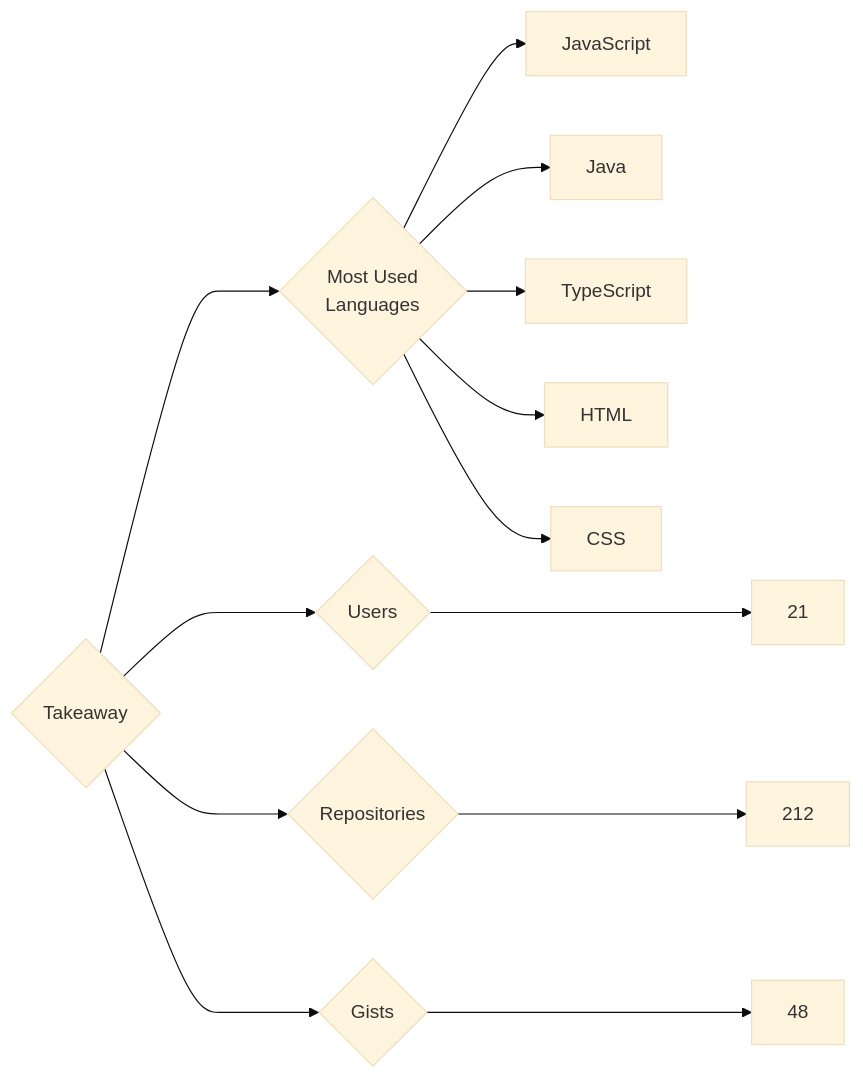
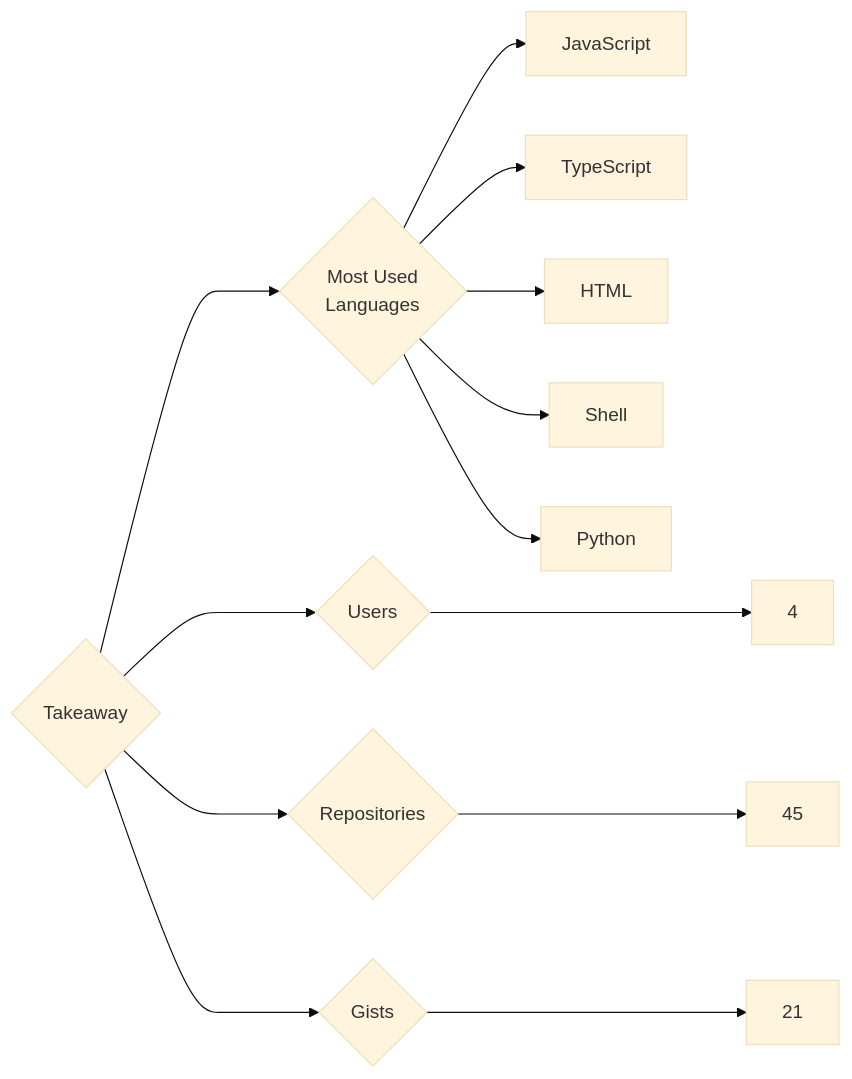
Before and after one commit to trickest/insiders: the diagram in targets/Takeaway/README.md, drawn with Mermaid (base theme). The commit also changed 928 other files, not shown here.

````diff
--- a/targets/Takeaway/README.md
+++ b/targets/Takeaway/README.md
@@ -3,13 +3,13 @@
 ```mermaid
 graph LR
 COMPANY_NAME{Takeaway}
-COMPANY_NAME ---> U{Users} ---> UN[21]
-COMPANY_NAME ---> R{Repositories} ---> RN[212]
-COMPANY_NAME ---> G{Gists} ---> GN[48]
+COMPANY_NAME ---> U{Users} ---> UN[4]
+COMPANY_NAME ---> R{Repositories} ---> RN[45]
+COMPANY_NAME ---> G{Gists} ---> GN[21]
 COMPANY_NAME ---> ML{Most Used<br>Languages}
 ML --> JavaScript[JavaScript]
-ML --> Java[Java]
 ML --> TypeScript[TypeScript]
 ML --> HTML[HTML]
-ML --> CSS[CSS]
+ML --> Shell[Shell]
+ML --> Python[Python]
 ```
````
